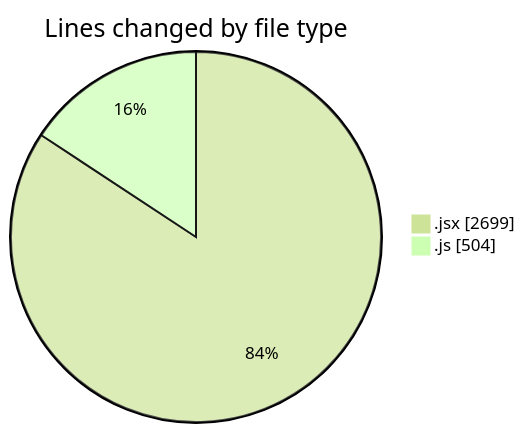
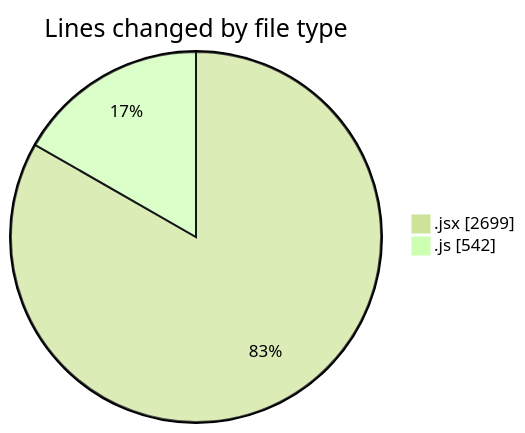
Before and after one commit to nxtqubesakshisongat/code-tracking: the first of 2 diagrams in 2026-01-07/nxtqube_webapp/README.md, drawn with Mermaid (forest theme). The commit also changed other lines of this file and 1 other file, not shown here.

````diff
--- a/2026-01-07/nxtqube_webapp/README.md
+++ b/2026-01-07/nxtqube_webapp/README.md
@@ -24,6 +25,6 @@
 ```mermaid
 pie showData
 title Lines changed by file type
 ".jsx" : 2699
-".js" : 504
+".js" : 542
 ```
````
